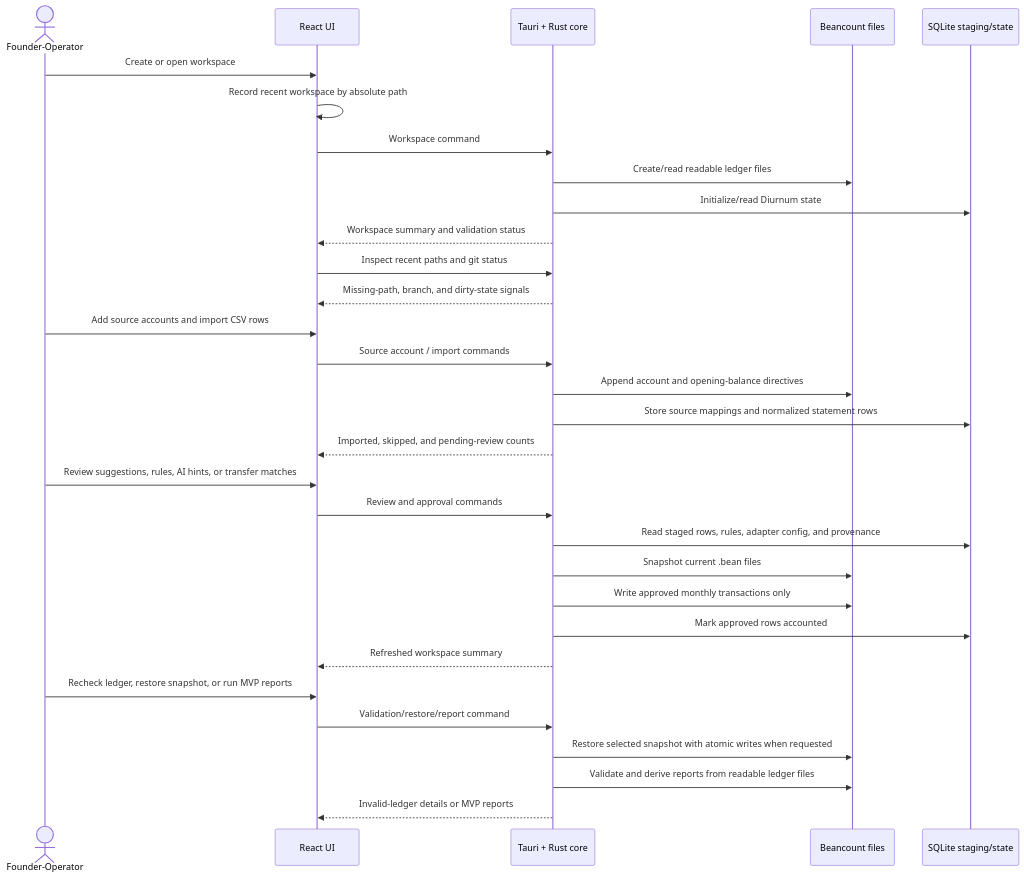
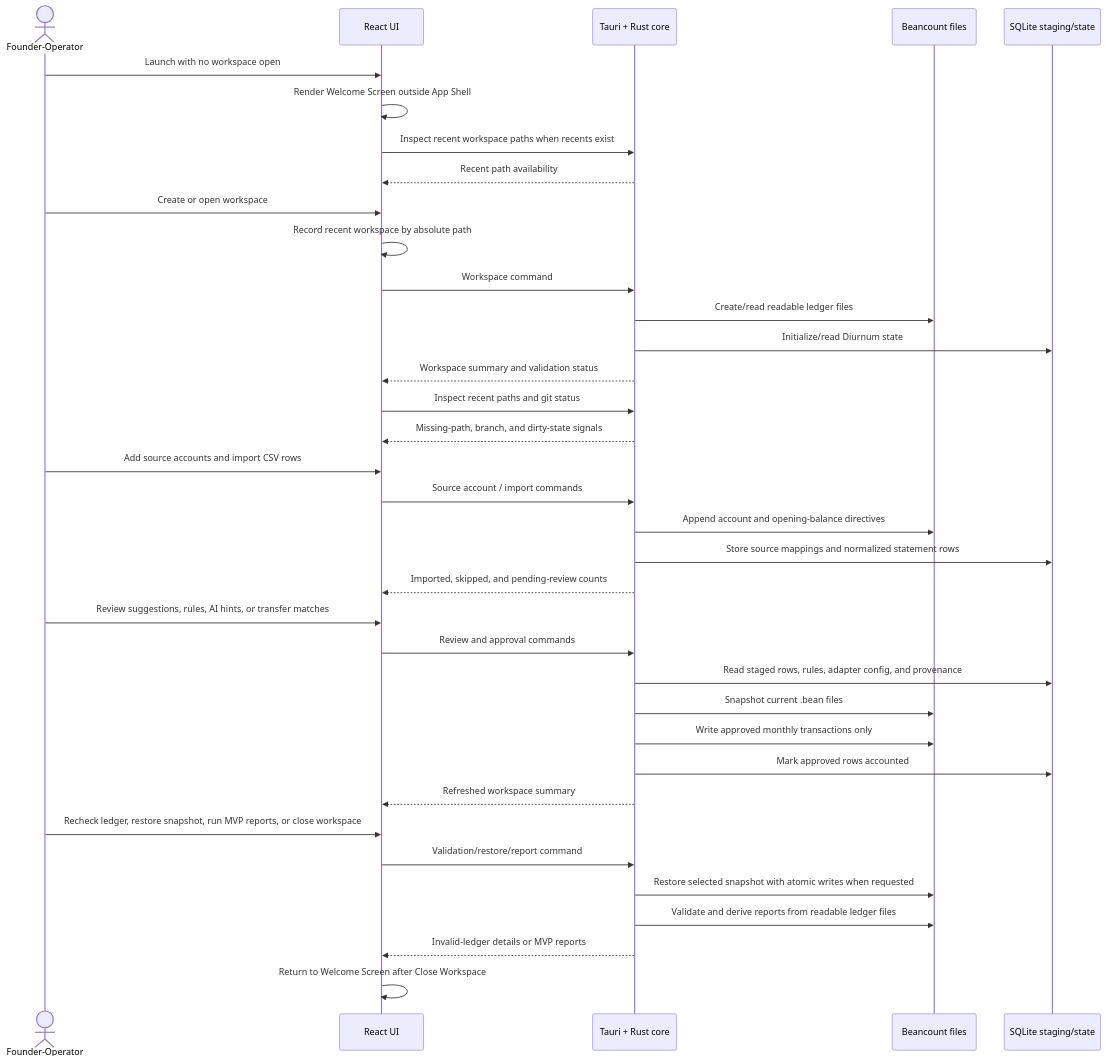
Before and after one commit to Diurnum-Dev/Diurnum: the second of 4 diagrams in docs/architecture.md, drawn with Mermaid. The commit also changed other lines of this file and 10 other files, not shown here.

Commit message:
feat: show welcome screen

````diff
--- a/docs/architecture.md
+++ b/docs/architecture.md
@@ -45,37 +45,43 @@
 ```mermaid
 sequenceDiagram
   actor User as Founder-Operator
   participant UI as React UI
   participant Core as Tauri + Rust core
   participant Ledger as Beancount files
   participant State as SQLite staging/state
+
+  User->>UI: Launch with no workspace open
+  UI->>UI: Render Welcome Screen outside App Shell
+  UI->>Core: Inspect recent workspace paths when recents exist
+  Core-->>UI: Recent path availability
 
   User->>UI: Create or open workspace
   UI->>UI: Record recent workspace by absolute path
   UI->>Core: Workspace command
   Core->>Ledger: Create/read readable ledger files
   Core->>State: Initialize/read Diurnum state
   Core-->>UI: Workspace summary and validation status
   UI->>Core: Inspect recent paths and git status
   Core-->>UI: Missing-path, branch, and dirty-state signals
 
   User->>UI: Add source accounts and import CSV rows
   UI->>Core: Source account / import commands
   Core->>Ledger: Append account and opening-balance directives
   Core->>State: Store source mappings and normalized statement rows
   Core-->>UI: Imported, skipped, and pending-review counts
 
   User->>UI: Review suggestions, rules, AI hints, or transfer matches
   UI->>Core: Review and approval commands
   Core->>State: Read staged rows, rules, adapter config, and provenance
   Core->>Ledger: Snapshot current .bean files
   Core->>Ledger: Write approved monthly transactions only
   Core->>State: Mark approved rows accounted
   Core-->>UI: Refreshed workspace summary
 
-  User->>UI: Recheck ledger, restore snapshot, or run MVP reports
+  User->>UI: Recheck ledger, restore snapshot, run MVP reports, or close workspace
   UI->>Core: Validation/restore/report command
   Core->>Ledger: Restore selected snapshot with atomic writes when requested
   Core->>Ledger: Validate and derive reports from readable ledger files
   Core-->>UI: Invalid-ledger details or MVP reports
+  UI->>UI: Return to Welcome Screen after Close Workspace
 ```
````
